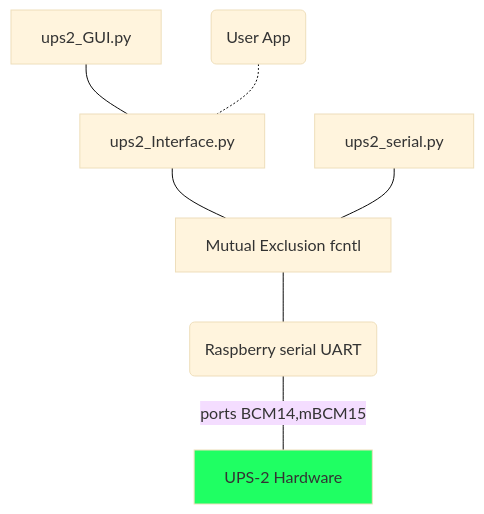
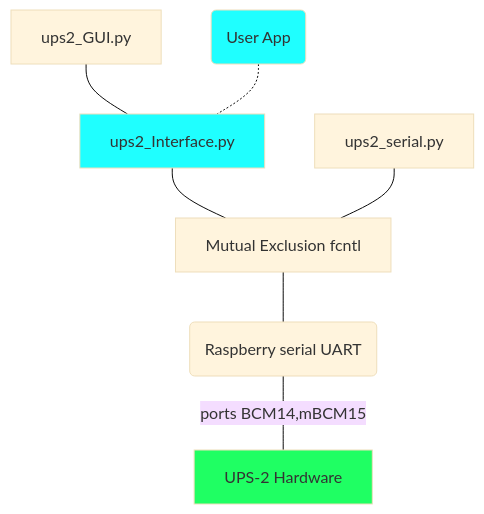
The diagram in doc/user-guide.md (ECOM-Engineering/UPS-2_Uninteruptible-Power-Supply), drawn with Mermaid (base theme) before and after one commit. The commit also changed other lines of this file and 2 other files, not shown here.

````diff
--- a/doc/user-guide.md
+++ b/doc/user-guide.md
@@ -215,16 +221,19 @@
 ```mermaid
 graph
 G[ups2_GUI.py]
 I[ups2_Interface.py]
 S[ups2_serial.py]
 U(User App)
 M[Mutual Exclusion fcntl]
 UPS-2[UPS-2 Hardware]
 G --- I
 I --- M
 S --- M
 U .- I
 M --- R(Raspberry serial UART)
 R ---|ports BCM14,mBCM15| UPS-2
 style UPS-2 fill: #1Fff63
+style I fill: #1Fffff
+style U fill: #1Fffff
+
 ```
````
